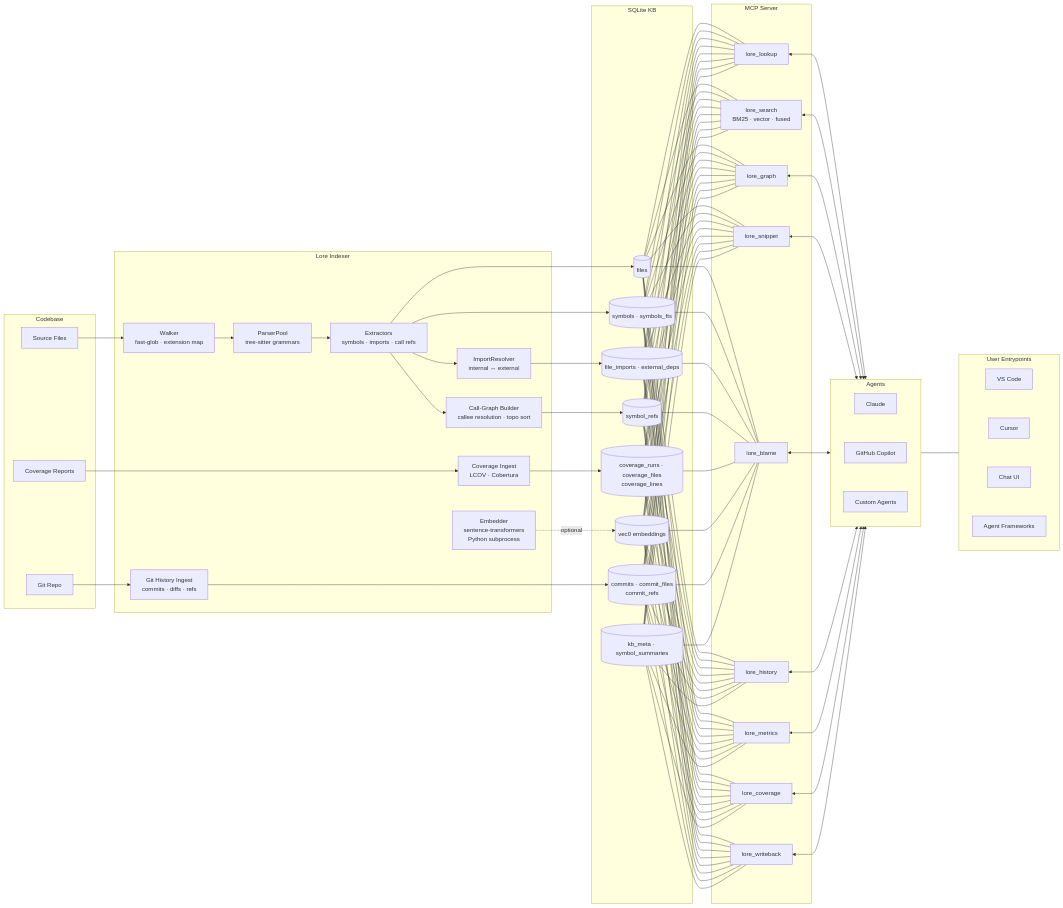
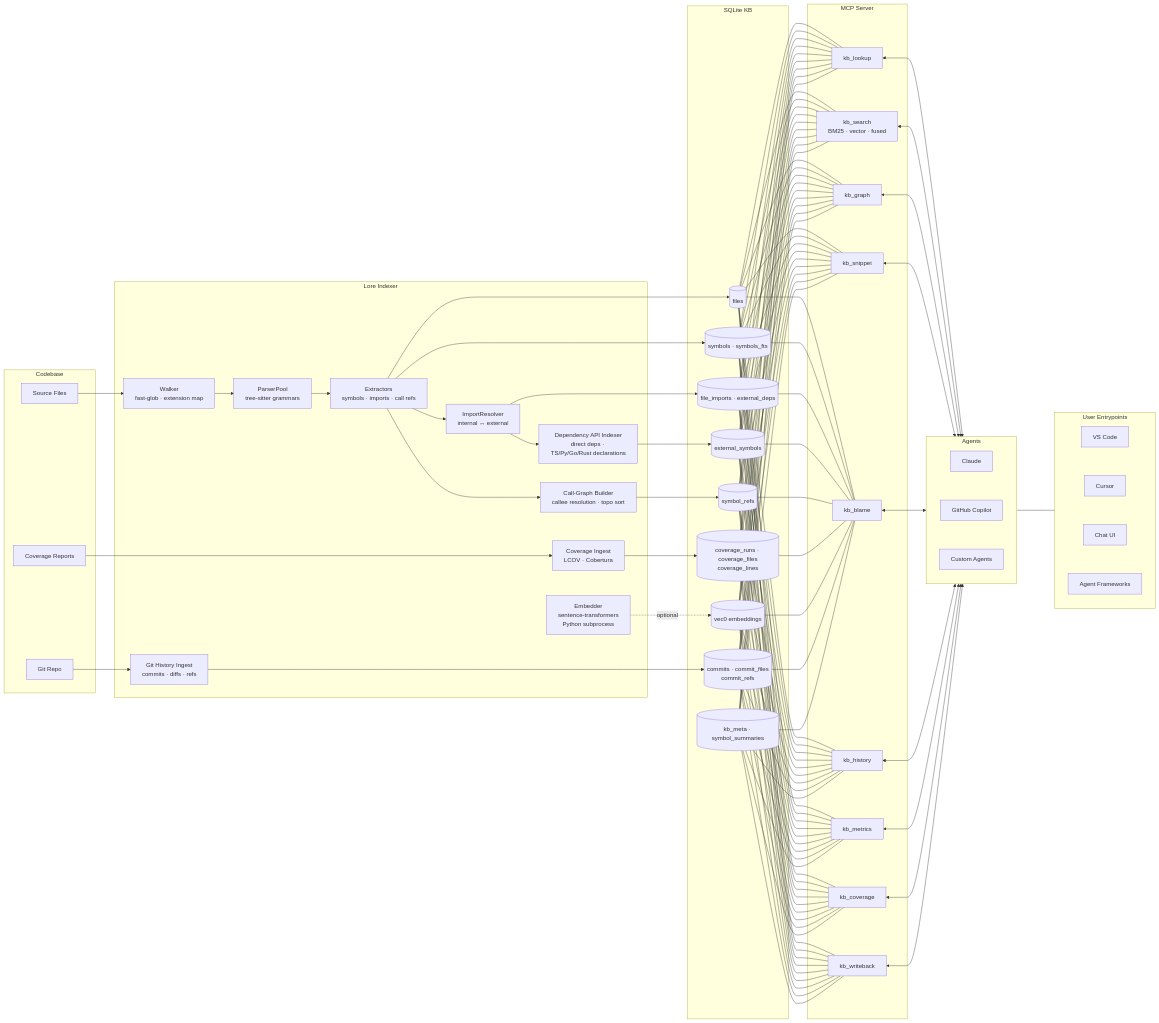
Before and after one commit to jafreck/Lore: the diagram in docs/architecture.md, drawn with Mermaid. The commit also changed other lines of this file and 37 other files, not shown here.

Commit message:
feat(issue-88): wip: Document dependency API indexing behavior (attempt 1) (#88) (#94)

````diff
--- a/docs/architecture.md
+++ b/docs/architecture.md
@@ -7,72 +7,75 @@
 ```mermaid
 flowchart LR
     subgraph Codebase
         SRC[Source Files]
         GIT[Git Repo]
         COVREP[Coverage Reports]
     end
 
     subgraph Lore Indexer
         WALK[Walker<br/>fast-glob · extension map]
         PARSE[ParserPool<br/>tree-sitter grammars]
         EXTRACT[Extractors<br/>symbols · imports · call refs]
         RESOLVE[ImportResolver<br/>internal ↔ external]
+        DEPAPI[Dependency API Indexer<br/>direct deps · TS/Py/Go/Rust declarations]
         CALLGRAPH[Call-Graph Builder<br/>callee resolution · topo sort]
         COVER[Coverage Ingest<br/>LCOV · Cobertura]
         EMBED[Embedder<br/>sentence-transformers<br/>Python subprocess]
         GITHIST[Git History Ingest<br/>commits · diffs · refs]
     end
 
     subgraph SQLite KB
         FILES[(files)]
         SYM[(symbols · symbols_fts)]
         IMP[(file_imports · external_deps)]
+        EXT[(external_symbols)]
         REFS[(symbol_refs)]
         COV[(coverage_runs · coverage_files<br/>coverage_lines)]
         VEC[(vec0 embeddings)]
         HIST[(commits · commit_files<br/>commit_refs)]
         META[(kb_meta · symbol_summaries)]
     end
 
     subgraph MCP Server
-        LOOKUP[lore_lookup]
-        SEARCH[lore_search<br/>BM25 · vector · fused]
-        GRAPH[lore_graph]
-        SNIPPET[lore_snippet]
-        BLAME[lore_blame]
-        HISTORY[lore_history]
-        METRICS[lore_metrics]
-        KB_COVERAGE[lore_coverage]
-        WRITEBACK[lore_writeback]
+        LOOKUP[kb_lookup]
+        SEARCH[kb_search<br/>BM25 · vector · fused]
+        GRAPH[kb_graph]
+        SNIPPET[kb_snippet]
+        BLAME[kb_blame]
+        HISTORY[kb_history]
+        METRICS[kb_metrics]
+        KB_COVERAGE[kb_coverage]
+        WRITEBACK[kb_writeback]
     end
 
     subgraph LLM_AGENTS[Agents]
         CLAUDE[Claude]
         COPILOT[GitHub Copilot]
         CUSTOM_AGENT[Custom Agents]
         CLAUDE ~~~ COPILOT ~~~ CUSTOM_AGENT
     end
 
     subgraph ENTRY[User Entrypoints]
         VSCODE[VS Code]
         CURSOR[Cursor]
         CHAT[Chat UI]
         ORCH[Agent Frameworks]
         VSCODE ~~~ CURSOR ~~~ CHAT ~~~ ORCH
     end
 
     SRC --> WALK --> PARSE --> EXTRACT
     EXTRACT --> RESOLVE --> IMP
+    RESOLVE --> DEPAPI --> EXT
     EXTRACT --> CALLGRAPH --> REFS
     EXTRACT --> FILES & SYM
     COVER --> COV
     COVREP --> COVER
     EMBED -.->|optional| VEC
     GIT --> GITHIST --> HIST
 
-    FILES & SYM & IMP & REFS & COV & VEC & HIST & META --- LOOKUP & SEARCH & GRAPH & SNIPPET & BLAME & HISTORY & METRICS & KB_COVERAGE & WRITEBACK
+    FILES & SYM & IMP & EXT & REFS & COV & VEC & HIST & META --- LOOKUP & SEARCH & GRAPH & SNIPPET & BLAME & HISTORY & METRICS & KB_COVERAGE & WRITEBACK
 
     LOOKUP & SEARCH & GRAPH & SNIPPET & BLAME & HISTORY & METRICS & KB_COVERAGE & WRITEBACK <--> LLM_AGENTS
 
     LLM_AGENTS <--- ENTRY
 ```
````
